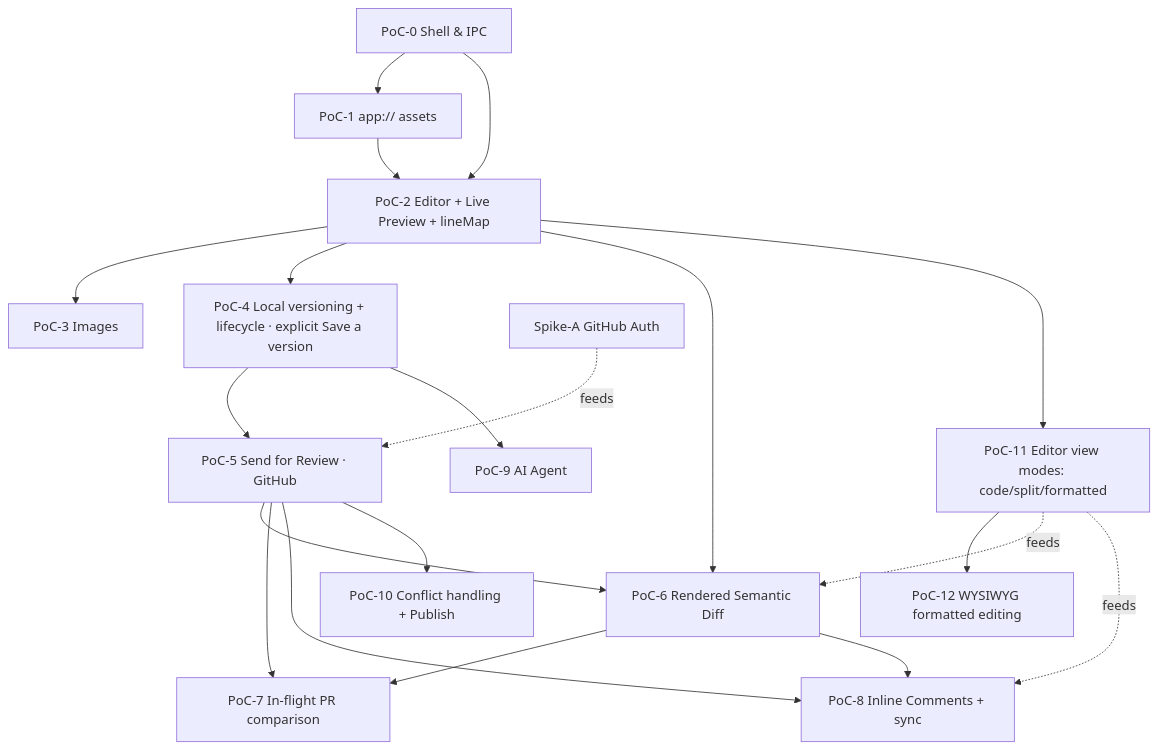
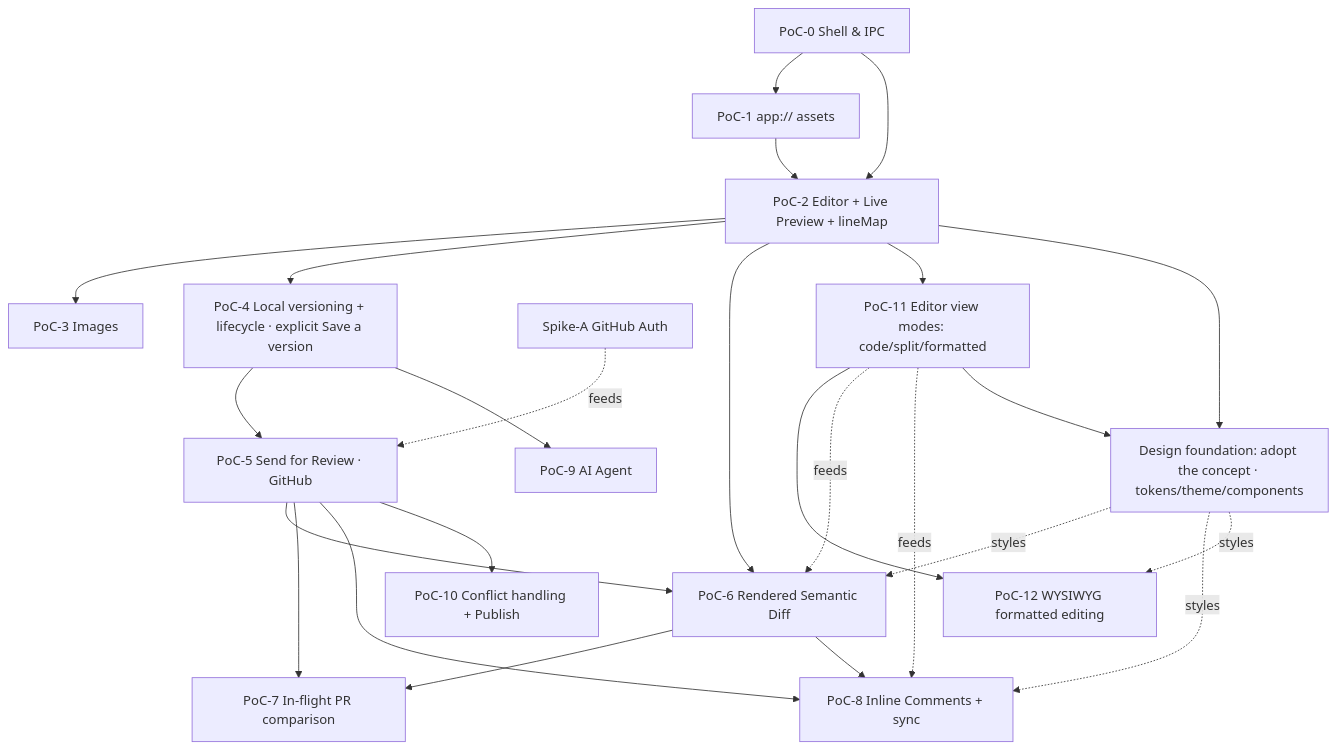
The diagram in docs/ROADMAP.md (ZelAnton/SpecDesk), drawn with Mermaid before and after one commit. The commit also changed other lines of this file and 41 other files, not shown here.

First line of the commit message:
Design: adopt Claude Design concept; wire into roadmap

````diff
--- a/docs/ROADMAP.md
+++ b/docs/ROADMAP.md
@@ -27,22 +33,27 @@
 ```mermaid
 flowchart TD
     P0[PoC-0 Shell & IPC] --> P1[PoC-1 app:// assets]
     P0 --> P2[PoC-2 Editor + Live Preview + lineMap]
     P1 --> P2
     P2 --> P3[PoC-3 Images]
     P2 --> P4[PoC-4 Local versioning + lifecycle · explicit Save a version]
     P4 --> P5[PoC-5 Send for Review · GitHub]
     SPIKE[Spike-A GitHub Auth] -.feeds.-> P5
     P5 --> P6[PoC-6 Rendered Semantic Diff]
     P2 --> P6
     P6 --> P7[PoC-7 In-flight PR comparison]
     P5 --> P7
     P6 --> P8[PoC-8 Inline Comments + sync]
     P5 --> P8
     P4 --> P9[PoC-9 AI Agent]
     P5 --> P10[PoC-10 Conflict handling + Publish]
     P2 --> P11[PoC-11 Editor view modes: code/split/formatted]
     P11 --> P12[PoC-12 WYSIWYG formatted editing]
     P11 -.feeds.-> P6
     P11 -.feeds.-> P8
+    P2 --> DESIGN[Design foundation: adopt the concept · tokens/theme/components]
+    P11 --> DESIGN
+    DESIGN -.styles.-> P6
+    DESIGN -.styles.-> P8
+    DESIGN -.styles.-> P12
 ```
````
